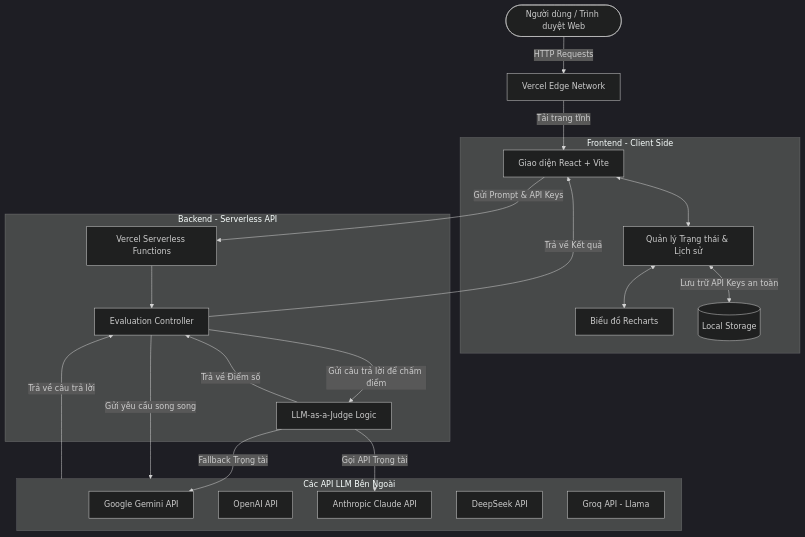
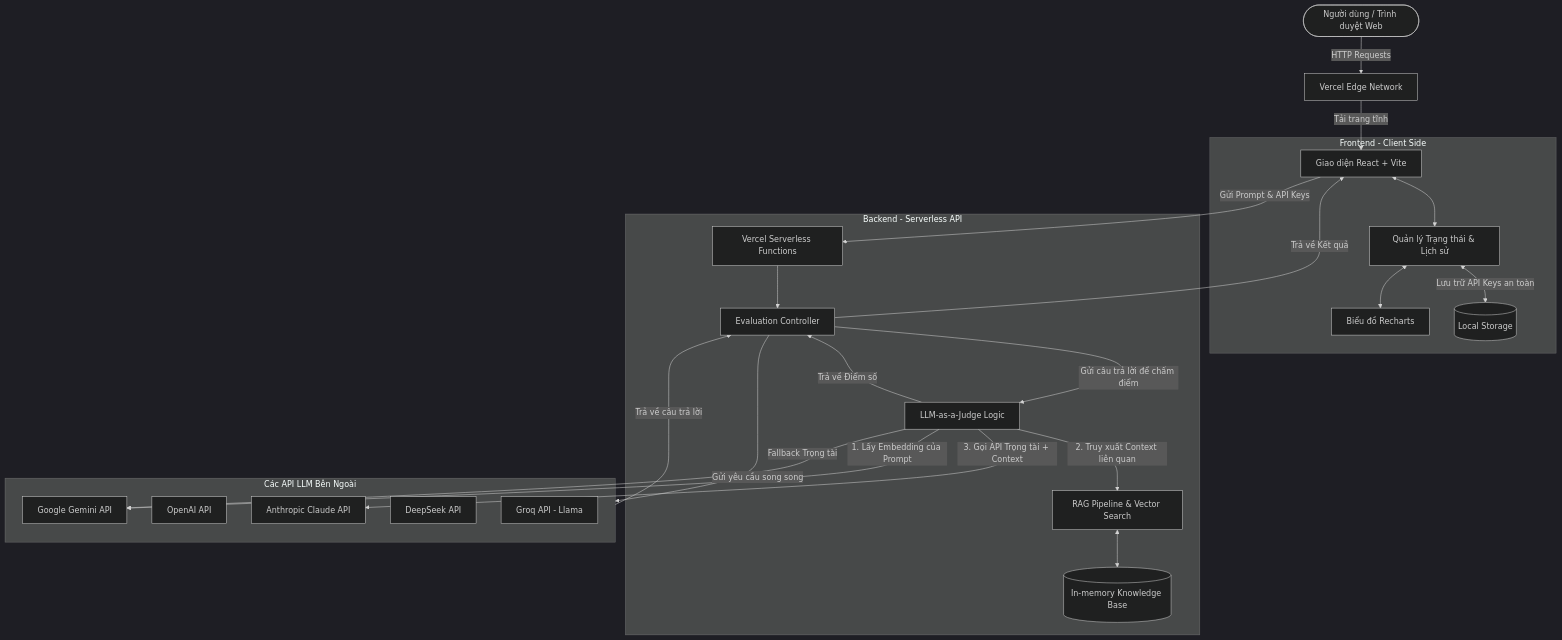
The first of 2 diagrams in README.md (TKON2001/demodoan_1), drawn with Mermaid (dark theme) before and after one commit. The commit also changed other lines of this file and 3 other files, not shown here.

First line of the commit message:
feat: Implement RAG for context-aware LLM evaluation

````diff
--- a/README.md
+++ b/README.md
@@ -32,40 +33,45 @@
 ```mermaid
 graph TD
     User([Người dùng / Trình duyệt Web]) -->|HTTP Requests| Vercel[Vercel Edge Network]
     
     subgraph Frontend [Frontend - Client Side]
         UI[Giao diện React + Vite]
         State[Quản lý Trạng thái & Lịch sử]
         Charts[Biểu đồ Recharts]
         Storage[(Local Storage)]
     end
 
     subgraph Backend [Backend - Serverless API]
         API[Vercel Serverless Functions]
         Controller[Evaluation Controller]
         JudgeLogic[LLM-as-a-Judge Logic]
+        RAG[RAG Pipeline & Vector Search]
+        KB[(In-memory Knowledge Base)]
     end
 
     subgraph External_APIs [Các API LLM Bên Ngoài]
         Gemini[Google Gemini API]
         OpenAI[OpenAI API]
         Anthropic[Anthropic Claude API]
         DeepSeek[DeepSeek API]
         Groq[Groq API - Llama]
     end
 
     Vercel -->|Tải trang tĩnh| UI
     UI <--> State
     State <--> Charts
     State <-->|Lưu trữ API Keys an toàn| Storage
     
     UI -->|Gửi Prompt & API Keys| API
     API --> Controller
     Controller -->|Gửi yêu cầu song song| External_APIs
     External_APIs -->|Trả về câu trả lời| Controller
     Controller -->|Gửi câu trả lời để chấm điểm| JudgeLogic
-    JudgeLogic -->|Gọi API Trọng tài| Anthropic
+    JudgeLogic -->|1. Lấy Embedding của Prompt| Gemini
+    JudgeLogic -->|2. Truy xuất Context liên quan| RAG
+    RAG <--> KB
+    JudgeLogic -->|3. Gọi API Trọng tài + Context| Anthropic
     JudgeLogic -->|Fallback Trọng tài| Gemini
     JudgeLogic -->|Trả về Điểm số| Controller
     Controller -->|Trả về Kết quả| UI
 ```
````
